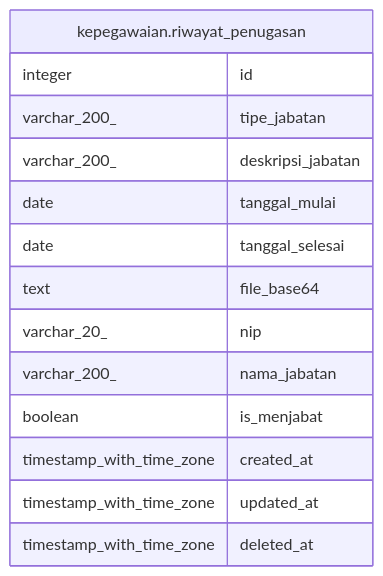
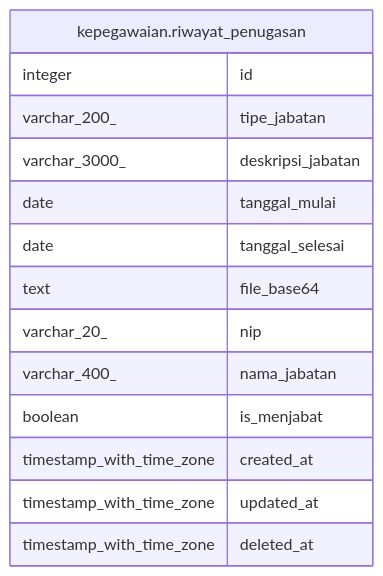
The diagram in services/kepegawaian/docs/db/kepegawaian.riwayat_penugasan.md (nandanugg/triforce.nvim), drawn with Mermaid before and after one commit. The commit also changed other lines of this file and 31 other files, not shown here.

````diff
--- a/services/kepegawaian/docs/db/kepegawaian.riwayat_penugasan.md
+++ b/services/kepegawaian/docs/db/kepegawaian.riwayat_penugasan.md
@@ -38,19 +38,19 @@
 ```mermaid
 erDiagram
 
 
 "kepegawaian.riwayat_penugasan" {
   integer id
   varchar_200_ tipe_jabatan
-  varchar_200_ deskripsi_jabatan
+  varchar_3000_ deskripsi_jabatan
   date tanggal_mulai
   date tanggal_selesai
   text file_base64
   varchar_20_ nip
-  varchar_200_ nama_jabatan
+  varchar_400_ nama_jabatan
   boolean is_menjabat
   timestamp_with_time_zone created_at
   timestamp_with_time_zone updated_at
   timestamp_with_time_zone deleted_at
 }
 ```
````
